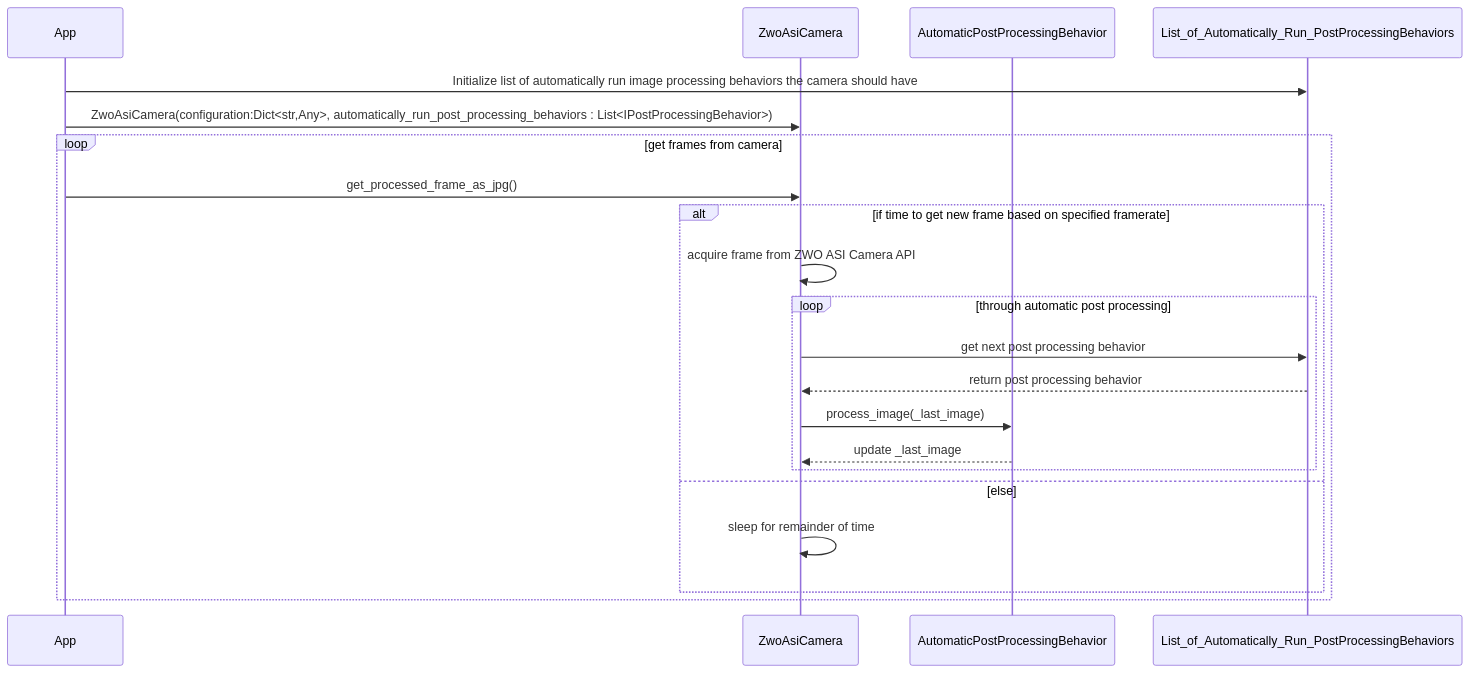
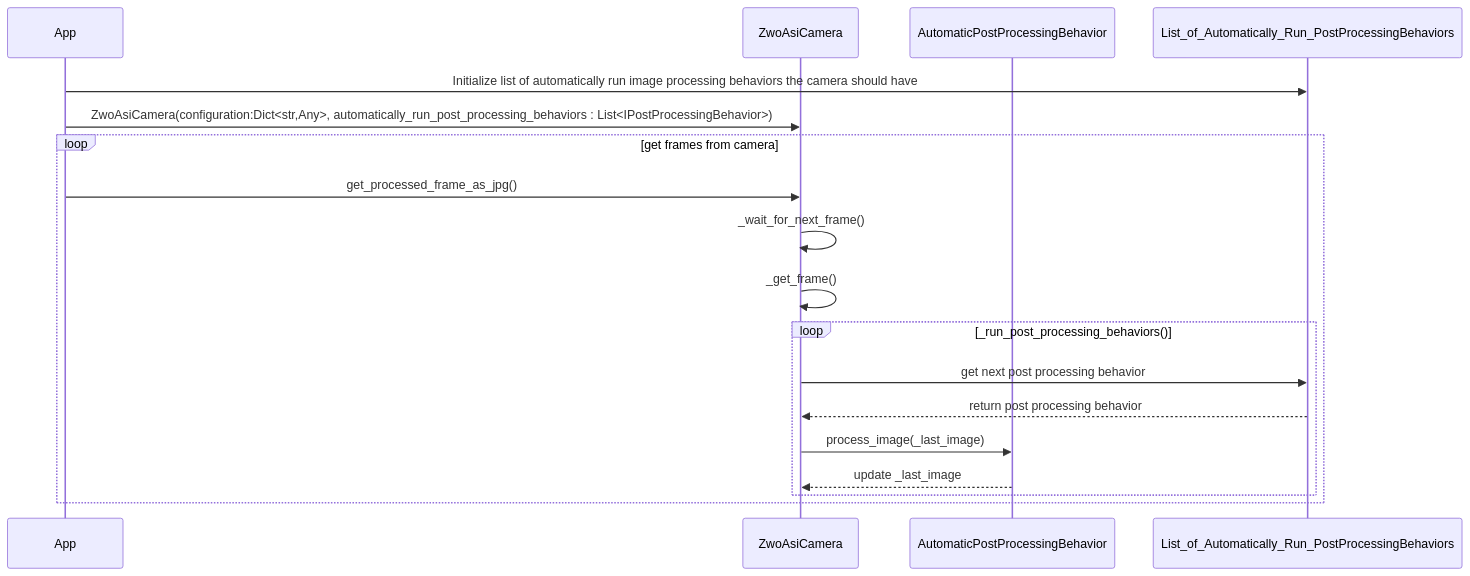
Before and after one commit to mgrandau/telescope-control: the fifth of 5 diagrams in application/asi-camera-design.md, drawn with Mermaid.

Commit message:
Updated design

````diff
--- a/application/asi-camera-design.md
+++ b/application/asi-camera-design.md
@@ -188,30 +188,24 @@
 ```mermaid
 sequenceDiagram
   participant App
   participant ZwoAsiCamera
   participant AutomaticPostProcessingBehavior
 
   App->>List_of_Automatically_Run_PostProcessingBehaviors: Initialize list of automatically run image processing behaviors the camera should have
   App->>ZwoAsiCamera: ZwoAsiCamera(configuration:Dict<str,Any>, automatically_run_post_processing_behaviors : List<IPostProcessingBehavior>)
 
   loop get frames from camera
-    
     App->>ZwoAsiCamera: get_processed_frame_as_jpg()
+    ZwoAsiCamera->>ZwoAsiCamera: _wait_for_next_frame()
+    ZwoAsiCamera->>ZwoAsiCamera: _get_frame()
+    loop _run_post_processing_behaviors()
+      ZwoAsiCamera->>List_of_Automatically_Run_PostProcessingBehaviors: get next post processing behavior
 
-    alt if time to get new frame based on specified framerate
-      ZwoAsiCamera->>ZwoAsiCamera: acquire frame from ZWO ASI Camera API
-      loop through automatic post processing
-        ZwoAsiCamera->>List_of_Automatically_Run_PostProcessingBehaviors: get next post processing behavior
-
-        List_of_Automatically_Run_PostProcessingBehaviors-->>ZwoAsiCamera: return post processing behavior
+      List_of_Automatically_Run_PostProcessingBehaviors-->>ZwoAsiCamera: return post processing behavior
         
-        ZwoAsiCamera->>AutomaticPostProcessingBehavior: process_image(_last_image)
+      ZwoAsiCamera->>AutomaticPostProcessingBehavior: process_image(_last_image)
         
-        AutomaticPostProcessingBehavior-->>ZwoAsiCamera: update _last_image
-      end
-    else else
-      ZwoAsiCamera->>ZwoAsiCamera: sleep for remainder of time
+      AutomaticPostProcessingBehavior-->>ZwoAsiCamera: update _last_image
     end
-
   end
 ```
````
